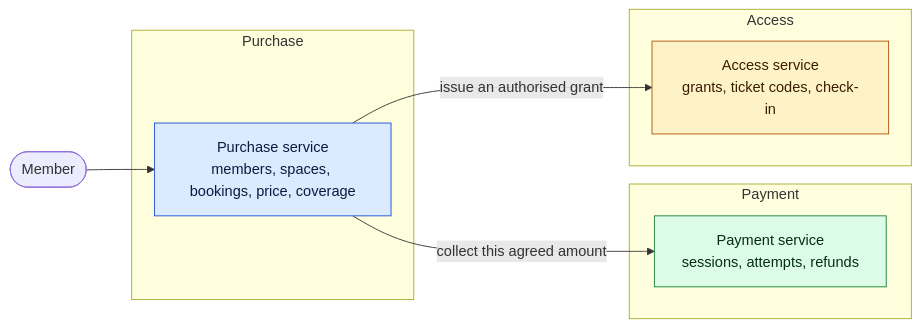
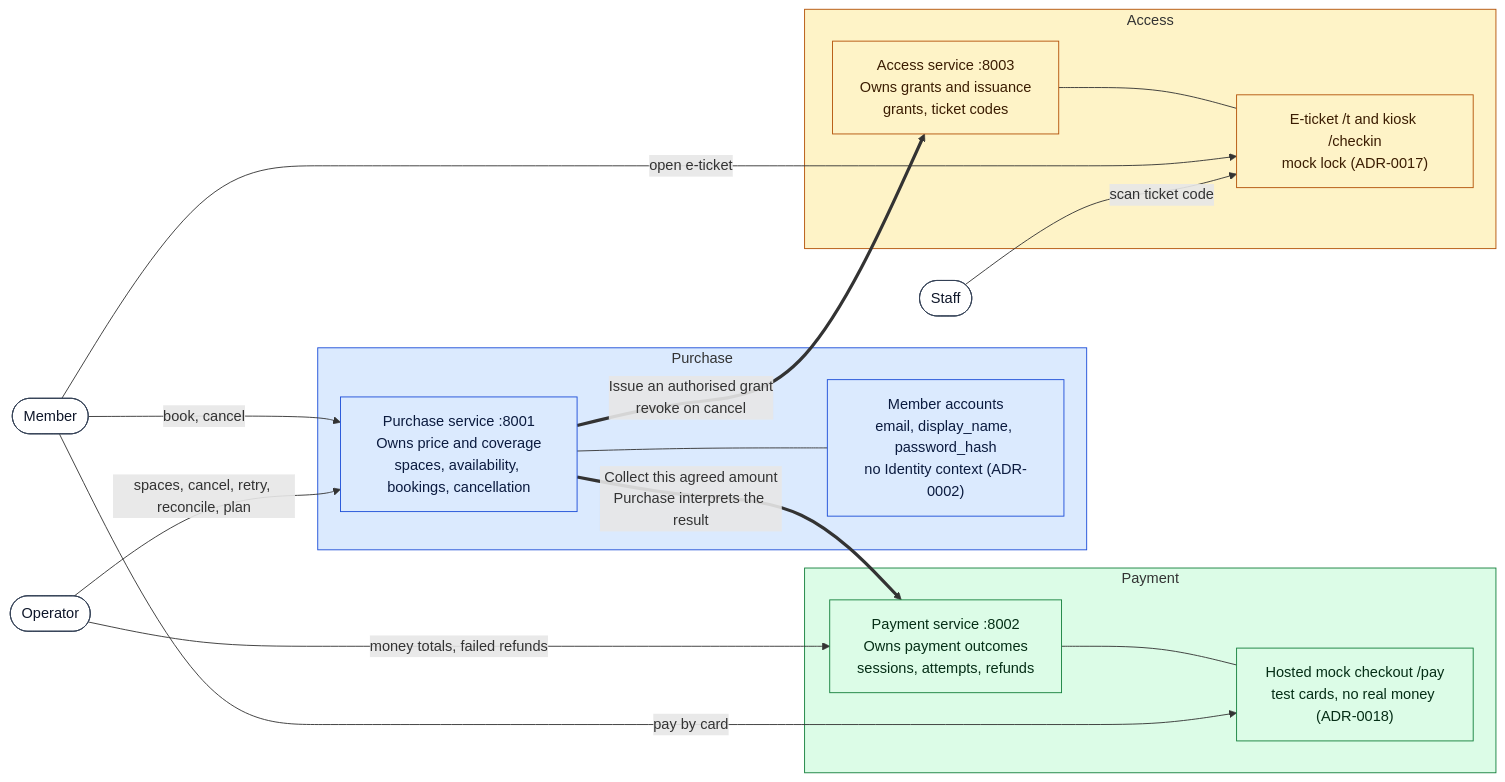
Before and after one commit to JedizR/cowork-booking-docs: the diagram in diagrams/context-map.mmd, drawn with Mermaid. The commit also changed 61 other files, not shown here.

First line of the commit message:
docs(m2): PRD, business model, architecture, ADRs, contracts and diagrams (#3)

```diff
--- a/diagrams/context-map.mmd
+++ b/diagrams/context-map.mmd
@@ -1,20 +1,38 @@
 flowchart LR
   Member([Member])
+  Operator([Operator])
+  Staff([Staff])
   subgraph Purchase
-    P[Purchase service<br/>members, spaces, bookings, price, coverage]
+    P["Purchase service :8001<br/>Owns price and coverage<br/>spaces, availability, bookings, cancellation"]
+    PM_ACC["Member accounts<br/>email, display_name, password_hash<br/>no Identity context (ADR-0002)"]
+    P --- PM_ACC
   end
   subgraph Payment
-    PM[Payment service<br/>sessions, attempts, refunds]
+    PAY["Payment service :8002<br/>Owns payment outcomes<br/>sessions, attempts, refunds"]
+    PAY_H["Hosted mock checkout /pay<br/>test cards, no real money (ADR-0018)"]
+    PAY --- PAY_H
   end
   subgraph Access
-    A[Access service<br/>grants, ticket codes, check-in]
+    AXS["Access service :8003<br/>Owns grants and issuance<br/>grants, ticket codes"]
+    AXS_T["E-ticket /t and kiosk /checkin<br/>mock lock (ADR-0017)"]
+    AXS --- AXS_T
   end
-  Member --> P
-  P -- "collect this agreed amount" --> PM
-  P -- "issue an authorised grant" --> A
+  Member -->|"book, cancel"| P
+  Member -->|"pay by card"| PAY_H
+  Member -->|"open e-ticket"| AXS_T
+  Operator -->|"spaces, cancel, retry, reconcile, plan"| P
+  Operator -->|"money totals, failed refunds"| PAY
+  Staff -->|"scan ticket code"| AXS_T
+  P ==>|"Collect this agreed amount<br/>Purchase interprets the result"| PAY
+  P ==>|"Issue an authorised grant<br/>revoke on cancel"| AXS
+  classDef actor fill:#ffffff,stroke:#334155,color:#0f172a
   classDef purchase fill:#dbeafe,stroke:#1d4ed8,color:#0b1b3f
   classDef payment fill:#dcfce7,stroke:#15803d,color:#052e16
   classDef access fill:#fef3c7,stroke:#b45309,color:#3b1d02
-  class P purchase
-  class PM payment
-  class A access
+  class Member,Operator,Staff actor
+  class P,PM_ACC purchase
+  class PAY,PAY_H payment
+  class AXS,AXS_T access
+  style Purchase fill:#dbeafe,stroke:#1d4ed8
+  style Payment fill:#dcfce7,stroke:#15803d
+  style Access fill:#fef3c7,stroke:#b45309
```
